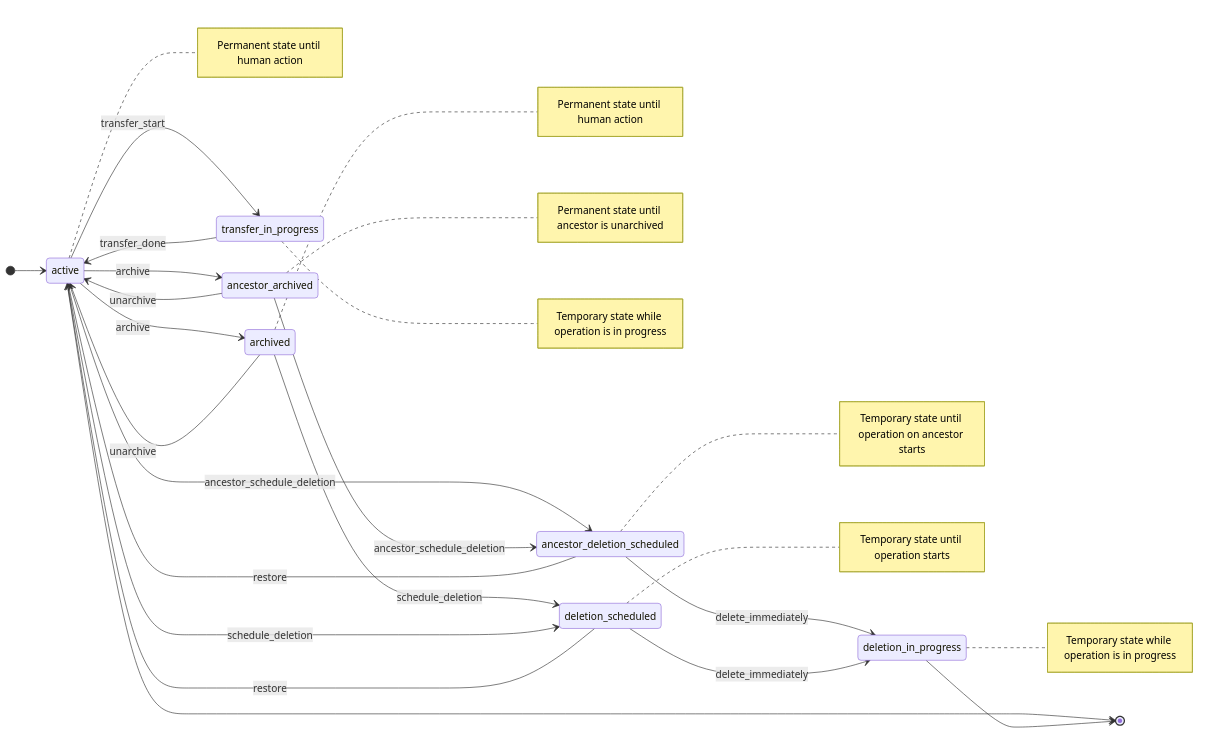
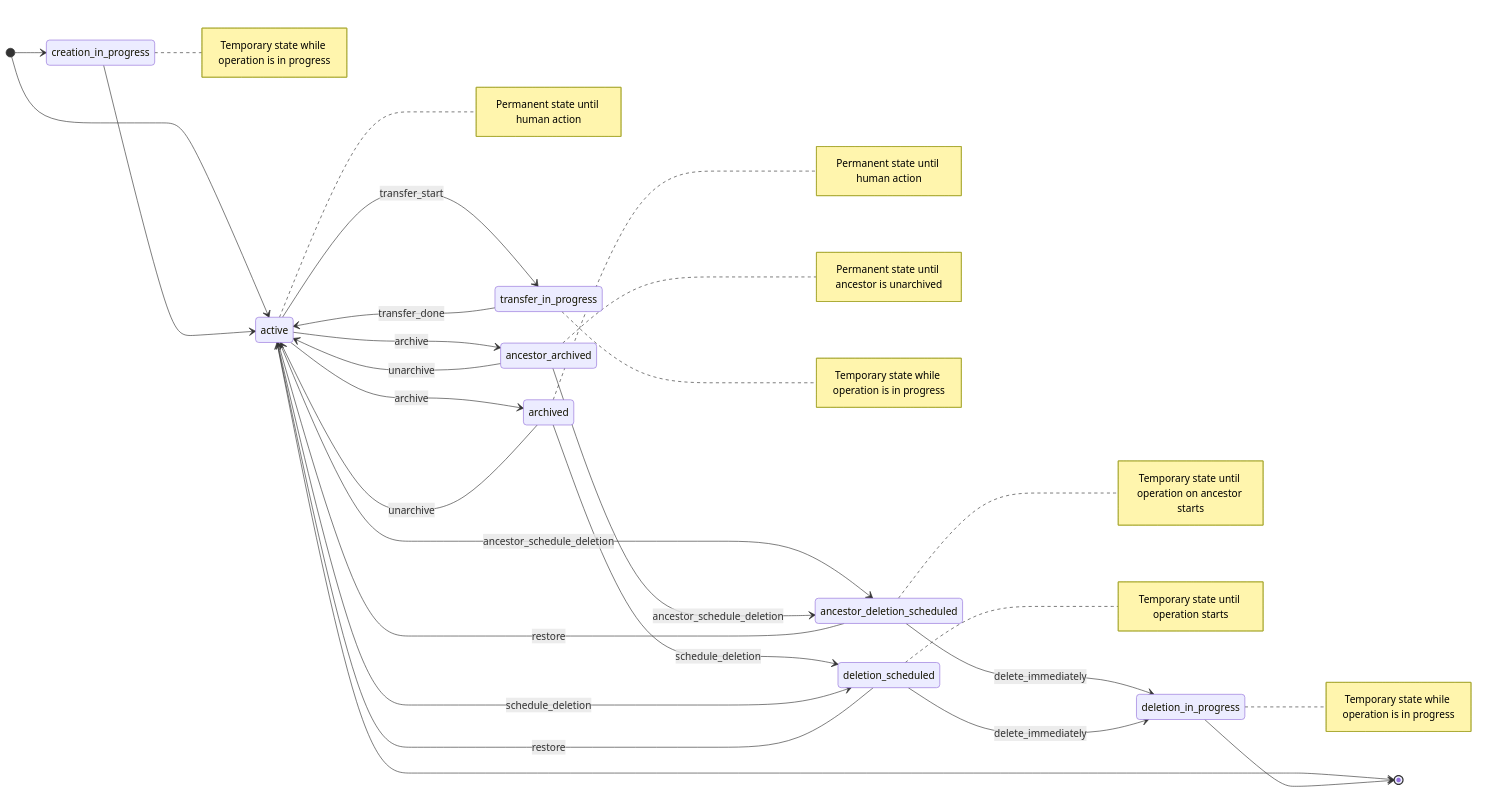
Before and after one commit to zalyoung/gitlab-handbook: the diagram in content/handbook/engineering/architecture/design-documents/group_and_project_operations_and_state_management/_index.md, drawn with Mermaid. The commit also changed other lines of this file, not shown here.

Commit message:
Add creation_in_progress state and add iteration to make transfer async

````diff
--- a/content/handbook/engineering/architecture/design-documents/group_and_project_operations_and_state_management/_index.md
+++ b/content/handbook/engineering/architecture/design-documents/group_and_project_operations_and_state_management/_index.md
@@ -97,49 +98,55 @@
 ```mermaid
 stateDiagram-v2
     direction LR
     ac: active
     ar: archived
     aar: ancestor_archived
     ds: deletion_scheduled
     ads: ancestor_deletion_scheduled
+    cip: creation_in_progress
     dip: deletion_in_progress
     tip: transfer_in_progress
     [*] --> ac
+    [*] --> cip
+    note right of cip
+        Temporary state while operation is in progress
+    end note
+    cip --> ac
     note right of ac
         Permanent state until human action
     end note
     ac --> ar: archive
     note right of ar
         Permanent state until human action
     end note
     ac --> aar: archive
     note right of aar
         Permanent state until ancestor is unarchived
     end note
     aar --> ac: unarchive
     ar --> ac: unarchive
     ar --> ds: schedule_deletion
     ds --> ac: restore
     ac --> ads: ancestor_schedule_deletion
     aar --> ads: ancestor_schedule_deletion
     note right of ads
         Temporary state until operation on ancestor starts
     end note
     ads --> ac: restore
     ads --> dip: delete_immediately
     note right of ds
         Temporary state until operation starts
     end note
     ac --> ds: schedule_deletion
     note right of dip
         Temporary state while operation is in progress
     end note
     ds --> dip: delete_immediately
     note right of tip
         Temporary state while operation is in progress
     end note
     ac --> tip: transfer_start
     tip --> ac: transfer_done
     ac --> [*]
     dip --> [*]
 ```
````
